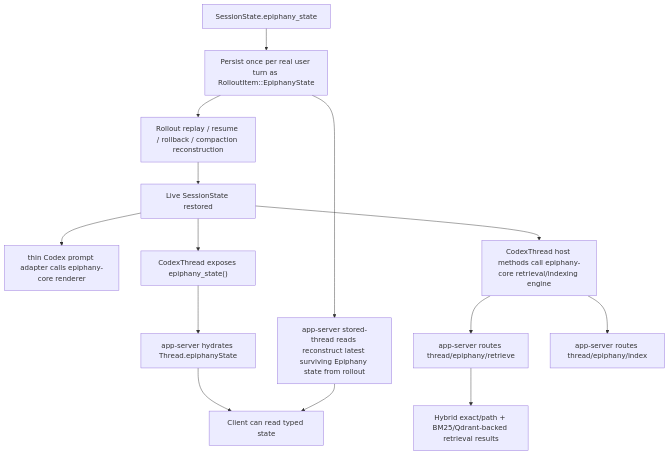
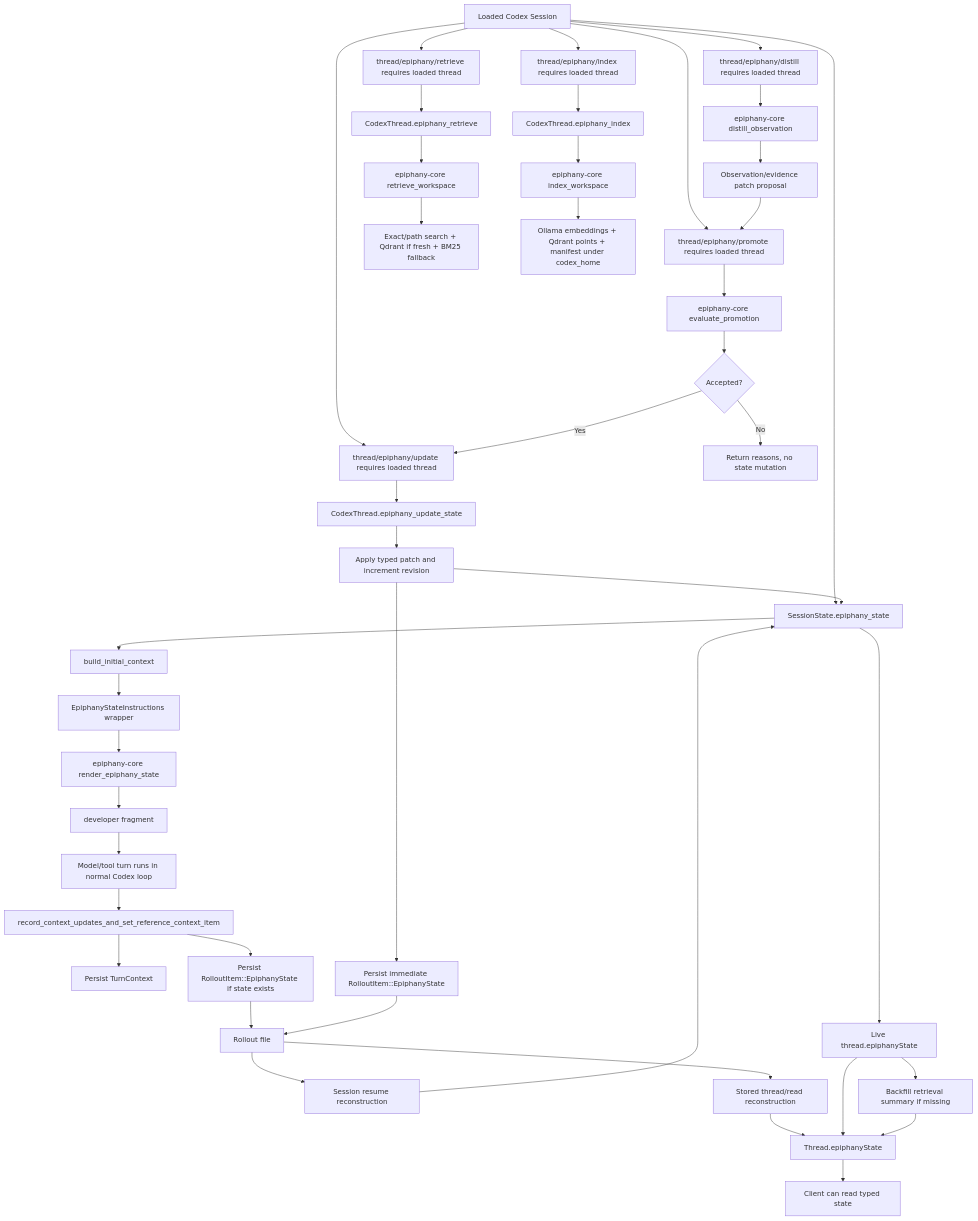
One commit to GameCult/Epiphany changed the diagram in notes/epiphany-current-algorithmic-map.md. Above: the diagram before and after it, drawn with Mermaid. The commit also changed other lines of this file and 46 other files, not shown here.

Commit message:
Add Epiphany distill promote update surfaces

````diff
--- a/notes/epiphany-current-algorithmic-map.md
+++ b/notes/epiphany-current-algorithmic-map.md
@@ -36,16 +35,45 @@
 ```mermaid
 flowchart TD
-    A["SessionState.epiphany_state"] --> B["Persist once per real user turn as RolloutItem::EpiphanyState"]
-    B --> C["Rollout replay / resume / rollback / compaction reconstruction"]
-    C --> D["Live SessionState restored"]
-    D --> E["thin Codex prompt adapter calls epiphany-core renderer"]
-    D --> F["CodexThread exposes epiphany_state()"]
-    F --> G["app-server hydrates Thread.epiphanyState"]
-    B --> H["app-server stored-thread reads reconstruct latest surviving Epiphany state from rollout"]
-    G --> I["Client can read typed state"]
-    H --> I
-    D --> J["CodexThread host methods call epiphany-core retrieval/indexing engine"]
-    J --> K["app-server routes thread/epiphany/retrieve"]
-    J --> M["app-server routes thread/epiphany/index"]
-    K --> L["Hybrid exact/path + BM25/Qdrant-backed retrieval results"]
+    A["Loaded Codex Session"] --> B["SessionState.epiphany_state"]
+    B --> C["build_initial_context"]
+    C --> D["EpiphanyStateInstructions wrapper"]
+    D --> E["epiphany-core render_epiphany_state"]
+    E --> F["<epiphany_state> developer fragment"]
+    F --> G["Model/tool turn runs in normal Codex loop"]
+    G --> H["record_context_updates_and_set_reference_context_item"]
+    H --> I["Persist TurnContext"]
+    H --> J["Persist RolloutItem::EpiphanyState if state exists"]
+    J --> K["Rollout file"]
+    K --> L["Session resume reconstruction"]
+    L --> B
+    K --> M["Stored thread/read reconstruction"]
+    M --> N["Thread.epiphanyState"]
+    B --> O["Live thread.epiphanyState"]
+    O --> N
+    O --> P["Backfill retrieval summary if missing"]
+    P --> N
+    N --> Q["Client can read typed state"]
+    A --> R["thread/epiphany/retrieve requires loaded thread"]
+    A --> S["thread/epiphany/index requires loaded thread"]
+    A --> AA["thread/epiphany/distill requires loaded thread"]
+    A --> AD["thread/epiphany/promote requires loaded thread"]
+    A --> Z["thread/epiphany/update requires loaded thread"]
+    AA --> AB["epiphany-core distill_observation"]
+    AB --> AC["Observation/evidence patch proposal"]
+    AC --> AD
+    AD --> AE["epiphany-core evaluate_promotion"]
+    AE --> AF{"Accepted?"}
+    AF -->|"No"| AG["Return reasons, no state mutation"]
+    AF -->|"Yes"| Z
+    R --> T["CodexThread.epiphany_retrieve"]
+    S --> U["CodexThread.epiphany_index"]
+    Z --> ZA["CodexThread.epiphany_update_state"]
+    ZA --> ZB["Apply typed patch and increment revision"]
+    ZB --> B
+    ZB --> ZC["Persist immediate RolloutItem::EpiphanyState"]
+    ZC --> K
+    T --> V["epiphany-core retrieve_workspace"]
+    U --> W["epiphany-core index_workspace"]
+    V --> X["Exact/path search + Qdrant if fresh + BM25 fallback"]
+    W --> Y["Ollama embeddings + Qdrant points + manifest under codex_home"]
 ```
````
